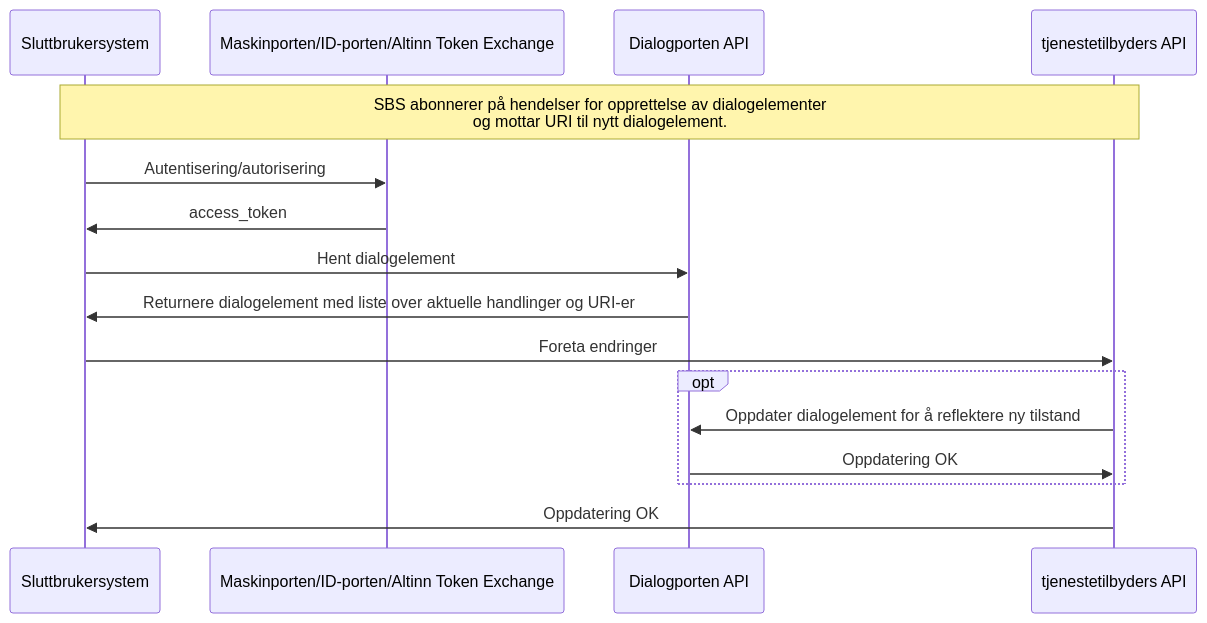
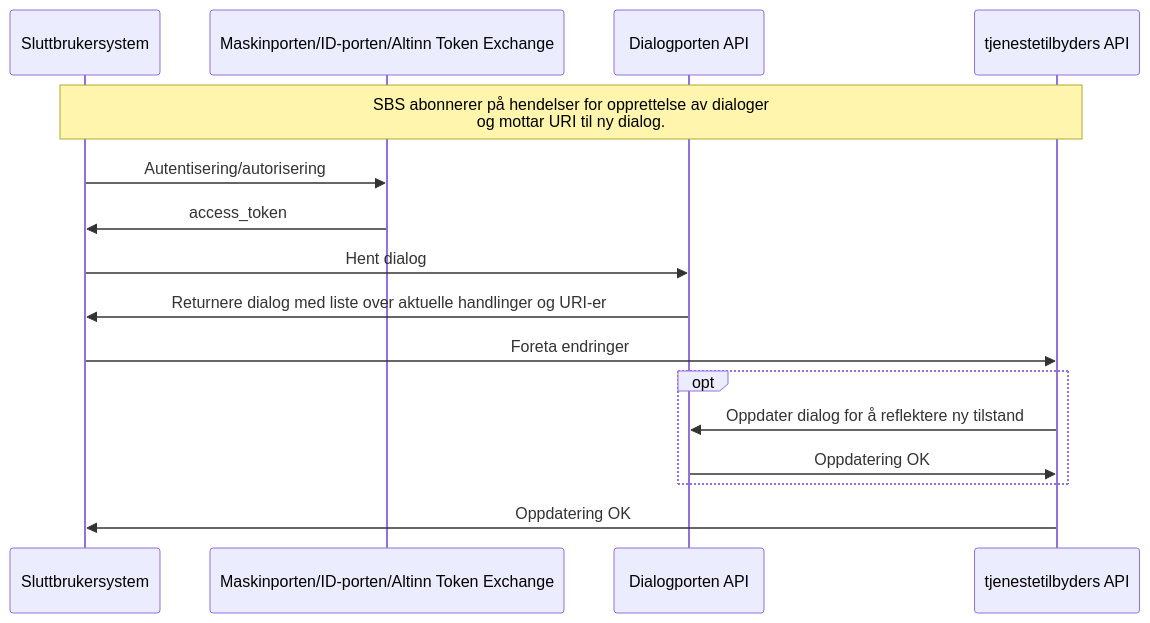
Before and after one commit to elsand/elsand.github.io: the third of 6 diagrams in dialogporten.md, drawn with Mermaid. The commit also changed other lines of this file and 7 other files, not shown here.

````diff
--- a/dialogporten.md
+++ b/dialogporten.md
@@ -369,18 +369,18 @@
 ```mermaid!
 sequenceDiagram
     participant SBS as Sluttbrukersystem
     participant EID as Maskinporten/ID-porten/Altinn Token Exchange
     participant API as Dialogporten API
     participant TEAPI as tjenestetilbyders API
-note over SBS,TEAPI: SBS abonnerer på hendelser for opprettelse av dialogelementer<br>og mottar URI til nytt dialogelement.
+note over SBS,TEAPI: SBS abonnerer på hendelser for opprettelse av dialoger<br>og mottar URI til ny dialog.
 SBS->>EID: Autentisering/autorisering
 EID->>SBS: access_token
-SBS->>API: Hent dialogelement
-API->>SBS: Returnere dialogelement med liste over aktuelle handlinger og URI-er
+SBS->>API: Hent dialog
+API->>SBS: Returnere dialog med liste over aktuelle handlinger og URI-er
 SBS->>TEAPI: Foreta endringer
 opt
-    TEAPI->>API: Oppdater dialogelement for å reflektere ny tilstand
+    TEAPI->>API: Oppdater dialog for å reflektere ny tilstand
     API->>TEAPI: Oppdatering OK
 end
 TEAPI->>SBS: Oppdatering OK
 ```
````
